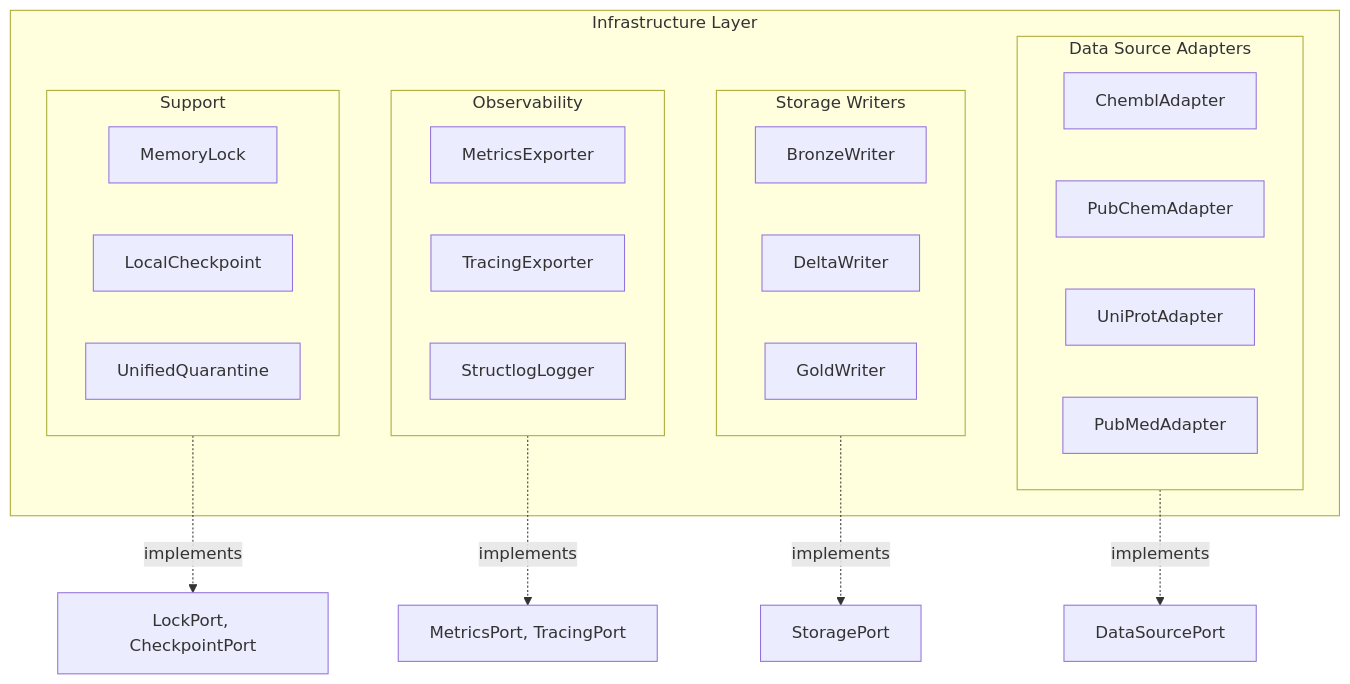
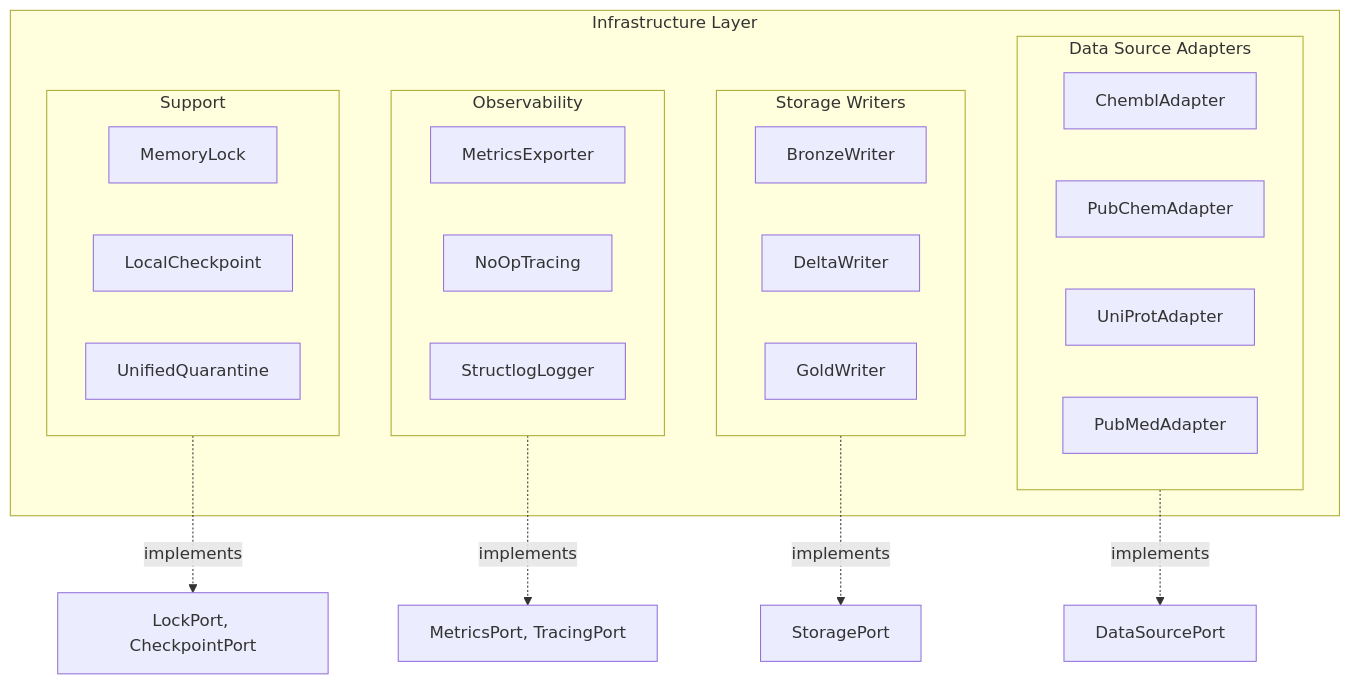
The first of 2 diagrams in docs/04-reference/api/infrastructure.md (SatoryKono/BioactivityDataAcquisition), drawn with Mermaid before and after one commit. The commit also changed other lines of this file and 2 other files, not shown here.

First line of the commit message:
docs: align tracing documentation with Null Object Pattern architecture

````diff
--- a/docs/04-reference/api/infrastructure.md
+++ b/docs/04-reference/api/infrastructure.md
@@ -7,34 +7,34 @@
 ```mermaid
 flowchart TB
     subgraph Infrastructure["Infrastructure Layer"]
         subgraph Adapters["Data Source Adapters"]
             ChEMBL[ChemblAdapter]
             PubChem[PubChemAdapter]
             UniProt[UniProtAdapter]
             PubMed[PubMedAdapter]
         end
 
         subgraph Storage["Storage Writers"]
             Bronze[BronzeWriter]
             Silver[DeltaWriter]
             Gold[GoldWriter]
         end
 
         subgraph Observability["Observability"]
             Metrics[MetricsExporter]
-            Tracing[TracingExporter]
+            Tracing[NoOpTracing]
             Logging[StructlogLogger]
         end
 
         subgraph Support["Support"]
             Locking[MemoryLock]
             Checkpoint[LocalCheckpoint]
             Quarantine[UnifiedQuarantine]
         end
     end
 
     Adapters -.->|implements| DSPort["DataSourcePort"]
     Storage -.->|implements| SPort["StoragePort"]
     Observability -.->|implements| OPort["MetricsPort, TracingPort"]
     Support -.->|implements| LPort["LockPort, CheckpointPort"]
 ```
````
